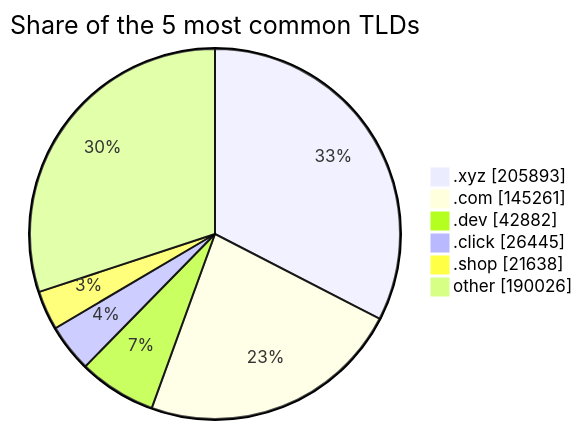
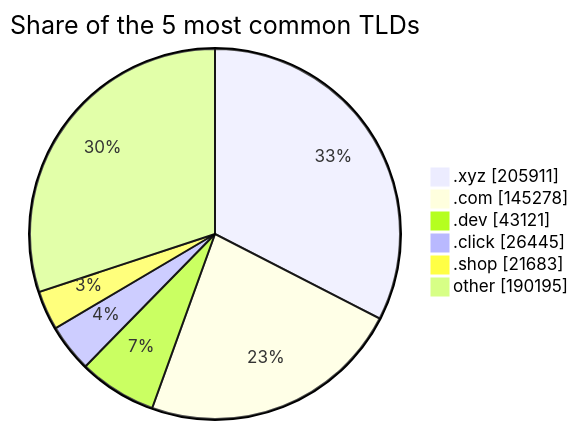
One commit to DNSBunker/CTI changed the third of 3 diagrams in README.md. Above: the diagram before and after it, drawn with Mermaid. The commit also changed other lines of this file and 3 other files, not shown here.

````diff
--- a/README.md
+++ b/README.md
@@ -81,9 +81,9 @@
 ```mermaid
 pie showData title Share of the 5 most common TLDs
-    ".xyz" : 205893
-    ".com" : 145261
-    ".dev" : 42882
+    ".xyz" : 205911
+    ".com" : 145278
+    ".dev" : 43121
     ".click" : 26445
-    ".shop" : 21638
-    "other" : 190026
+    ".shop" : 21683
+    "other" : 190195
 ```
````
